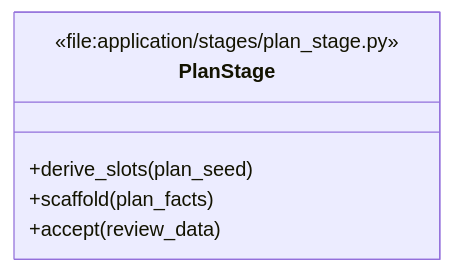
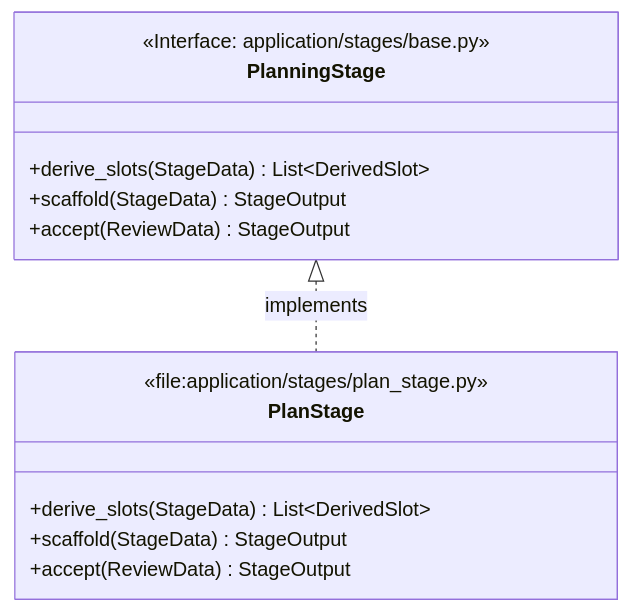
Diagram 13 of 14 in .enclosure/plans/planning-workflow/UML.md (9orky/enclosure), drawn with Mermaid before and after one commit. The commit also changed other lines of this file and 30 other files, not shown here.

````diff
--- a/.enclosure/plans/planning-workflow/UML.md
+++ b/.enclosure/plans/planning-workflow/UML.md
@@ -399,9 +415,18 @@
 ```mermaid
 classDiagram
+    class PlanningStage {
+      <<Interface: application/stages/base.py>>
+      +derive_slots(StageData) List~DerivedSlot~
+      +scaffold(StageData) StageOutput
+      +accept(ReviewData) StageOutput
+    }
+
     class PlanStage {
       <<file:application/stages/plan_stage.py>>
-      +derive_slots(plan_seed)
-      +scaffold(plan_facts)
-      +accept(review_data)
+      +derive_slots(StageData) List~DerivedSlot~
+      +scaffold(StageData) StageOutput
+      +accept(ReviewData) StageOutput
     }
+
+    PlanningStage <|.. PlanStage : implements
 ```
````
